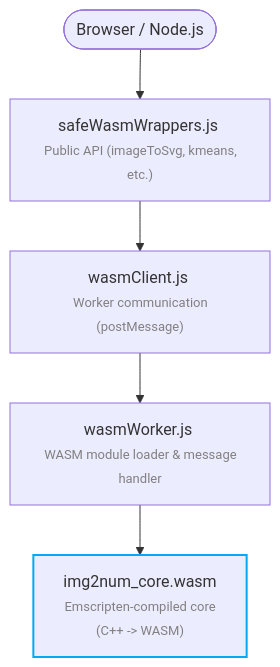
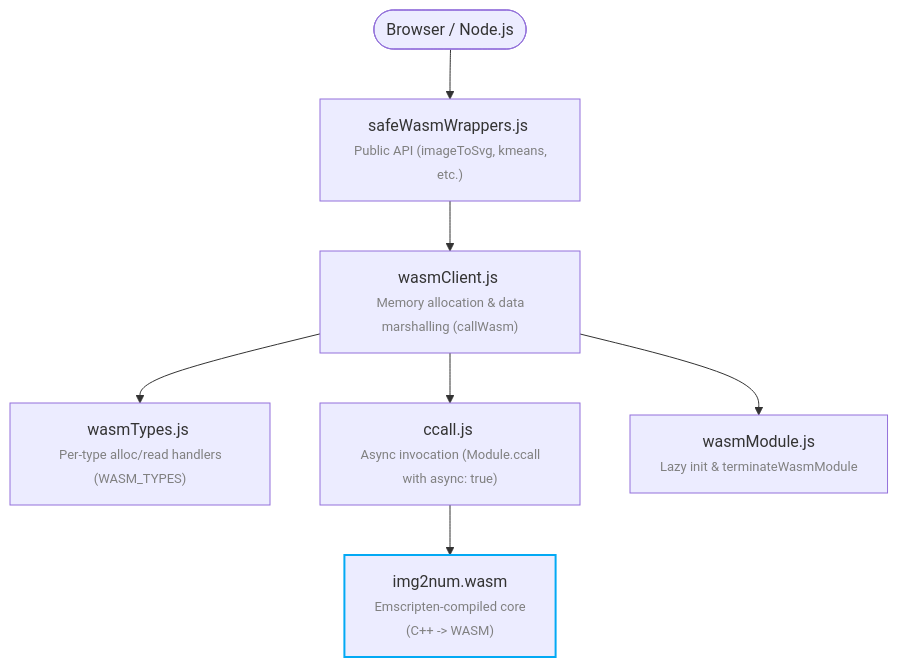
One commit to Ryan-Millard/Img2Num changed the diagram in docs/docs/js/docs/index.md. Above: the diagram before and after it, drawn with Mermaid. The commit also changed other lines of this file and 7 other files, not shown here.

Commit message:
docs(js): update documentation for current WASM architecture

````diff
--- a/docs/docs/js/docs/index.md
+++ b/docs/docs/js/docs/index.md
@@ -7,15 +7,19 @@
 ```mermaid
 graph TD
 A([Browser / Node.js]) --> B
 B["safeWasmWrappers.js <br> <font size=2 color=gray>Public API (imageToSvg, kmeans, etc.)</font>"]
-C["wasmClient.js <br> <font size=2 color=gray>Worker communication (postMessage)</font>"]
-D["wasmWorker.js <br> <font size=2 color=gray>WASM module loader & message handler</font>"]
-E["img2num_core.wasm <br> <font size=2 color=gray>Emscripten-compiled core<br />(C++ -> WASM)</font>"]
+C["wasmClient.js <br> <font size=2 color=gray>Memory allocation & data marshalling (callWasm)</font>"]
+D["wasmTypes.js <br> <font size=2 color=gray>Per-type alloc/read handlers (WASM_TYPES)</font>"]
+E["ccall.js <br> <font size=2 color=gray>Async invocation (Module.ccall with async: true)</font>"]
+F["wasmModule.js <br> <font size=2 color=gray>Lazy init & terminateWasmModule</font>"]
+G["img2num.wasm <br> <font size=2 color=gray>Emscripten-compiled core<br />(C++ -> WASM)</font>"]
 
 B --> C
 C --> D
-D --> E
+C --> E
+C --> F
+E --> G
 
 %% Accent the WASM core binary box
-style E stroke:#03a9f4,stroke-width:2px
+style G stroke:#03a9f4,stroke-width:2px
 ```
````
